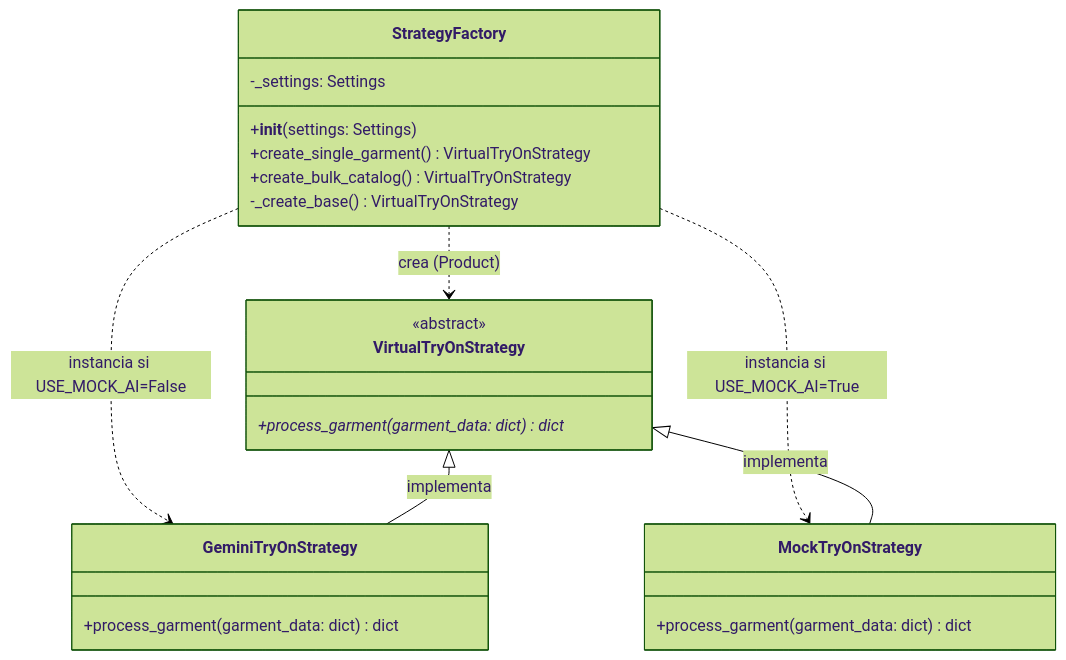
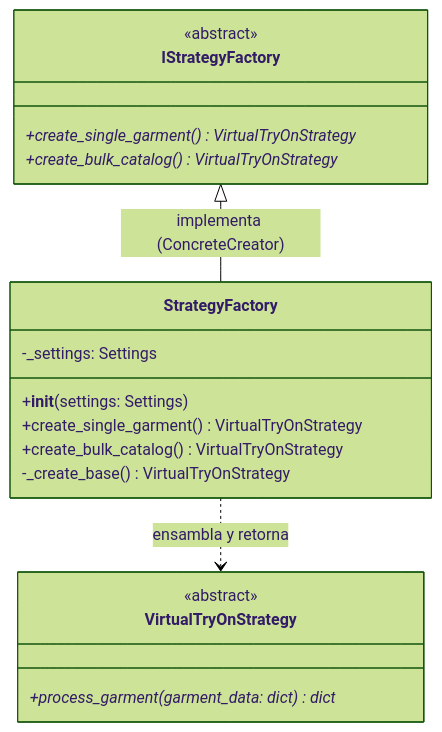
One commit to tominadal/TryOn_progra2 changed the third of 9 diagrams in docs/diagrama_clases.md. Above: the diagram before and after it, drawn with Mermaid (forest theme). The commit also changed other lines of this file and 53 other files, not shown here.

Commit message:
feat(catalog,docs): add garment edit/delete CRUD, Observer feed, SOLID repos and full docs update

````diff
--- a/docs/diagrama_clases.md
+++ b/docs/diagrama_clases.md
@@ -157,29 +199,24 @@
 ```mermaid
 classDiagram
+    class IStrategyFactory {
+        <<abstract>>
+        +create_single_garment() VirtualTryOnStrategy*
+        +create_bulk_catalog() VirtualTryOnStrategy*
+    }
+
     class StrategyFactory {
         -_settings: Settings
         +__init__(settings: Settings)
         +create_single_garment() VirtualTryOnStrategy
         +create_bulk_catalog() VirtualTryOnStrategy
         -_create_base() VirtualTryOnStrategy
     }
 
     class VirtualTryOnStrategy {
         <<abstract>>
         +process_garment(garment_data: dict) dict*
     }
 
-    class GeminiTryOnStrategy {
-        +process_garment(garment_data: dict) dict
-    }
-
-    class MockTryOnStrategy {
-        +process_garment(garment_data: dict) dict
-    }
-
-    StrategyFactory ..> VirtualTryOnStrategy : crea (Product)
-    StrategyFactory ..> GeminiTryOnStrategy : instancia si USE_MOCK_AI=False
-    StrategyFactory ..> MockTryOnStrategy : instancia si USE_MOCK_AI=True
-    VirtualTryOnStrategy <|-- GeminiTryOnStrategy : implementa
-    VirtualTryOnStrategy <|-- MockTryOnStrategy : implementa
+    IStrategyFactory <|-- StrategyFactory : implementa (ConcreteCreator)
+    StrategyFactory ..> VirtualTryOnStrategy : ensambla y retorna
 ```
````
